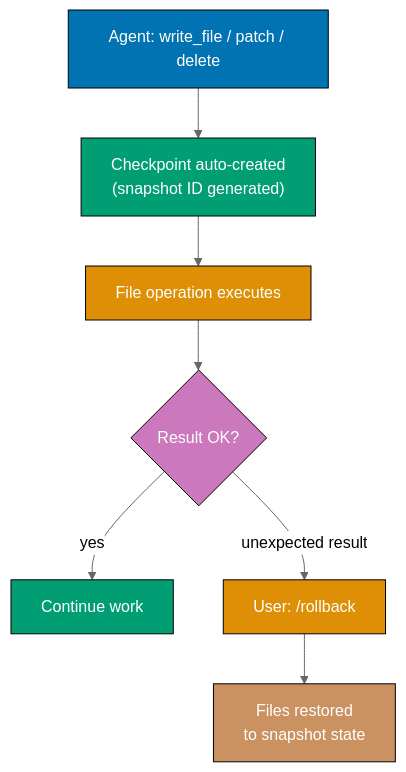
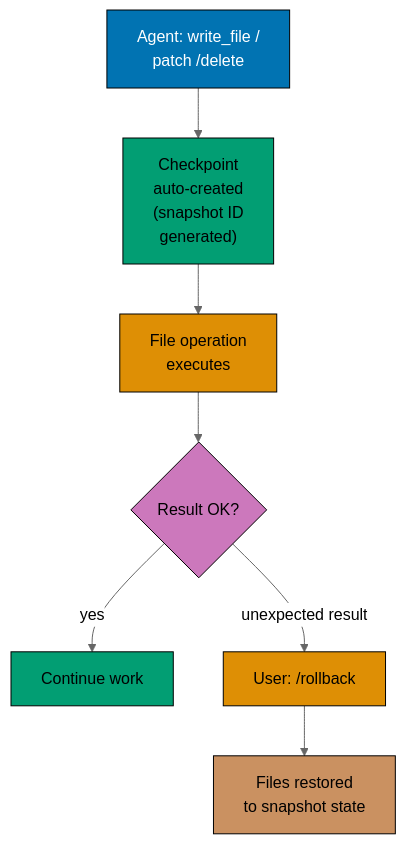
One commit to wahidyankf/ose-public changed the sixth of 14 diagrams in apps/ayokoding-www/content/en/learn/legacy/artificial-intelligence/tools/hermes-agent/by-example/advanced.md. Above: the diagram before and after it, drawn with Mermaid (neutral theme). The commit also changed other lines of this file and 50 other files, not shown here.

First line of the commit message:
fix(mermaid): bring the docs, governance, plans, and legacy AI diagrams onto the accessible palette

````diff
--- a/apps/ayokoding-www/content/en/learn/legacy/artificial-intelligence/tools/hermes-agent/by-example/advanced.md
+++ b/apps/ayokoding-www/content/en/learn/legacy/artificial-intelligence/tools/hermes-agent/by-example/advanced.md
@@ -696,23 +734,31 @@
 ```mermaid
 %% Color Palette: Blue #0173B2, Orange #DE8F05, Teal #029E73, Purple #CC78BC, Brown #CA9161
 graph TD
-    A["Agent: write_file / patch / delete"]
-    B["Checkpoint auto-created<br/>(snapshot ID generated)"]
-    C["File operation executes"]
+    accTitle: Example 65: Checkpoint and Rollback
+    accDescr: Graph with 7 nodes and 6 connections. Nodes: Agent: write_file / patch /delete, Checkpoint auto-created (snapshot ID generated), File operation executes, Result OK?, Continue work, User: /rollback, Files restored to snapshot state. Connections: Agent: write_file / patch /delete to Checkpoint auto-created (snapshot ID generated), Checkpoint auto-created (snapshot ID generated) to File operation executes, File operation executes to Result OK?, Result OK? to Continue work (yes), Result OK? to User: /rollback (unexpected result), User: /rollback to Files restored to snapshot state.
+    A["Agent: write_file /<br/>patch /delete"]
+    B["Checkpoint<br/>auto-created<br/>(snapshot ID<br/>generated)"]
+    C["File operation<br/>executes"]
     D{"Result OK?"}
     E["Continue work"]
     F["User: /rollback <ID>"]
     G["Files restored<br/>to snapshot state"]
 
     A --> B --> C --> D
     D -->|"yes"| E
     D -->|"unexpected result"| F --> G
 
-    style A fill:#0173B2,stroke:#000,color:#fff
-    style B fill:#029E73,stroke:#000,color:#fff
-    style C fill:#DE8F05,stroke:#000,color:#fff
-    style D fill:#CC78BC,stroke:#000,color:#fff
-    style E fill:#029E73,stroke:#000,color:#fff
-    style F fill:#DE8F05,stroke:#000,color:#fff
-    style G fill:#CA9161,stroke:#000,color:#fff
+    classDef pal-0173B2 fill:#0173B2,stroke:#000000,color:#FFFFFF
+    class A pal-0173B2
+    classDef pal-029E73 fill:#029E73,stroke:#000000,color:#000000
+    class B pal-029E73
+    classDef pal-DE8F05 fill:#DE8F05,stroke:#000000,color:#000000
+    class C pal-DE8F05
+    classDef pal-CC78BC fill:#CC78BC,stroke:#000000,color:#000000
+    class D pal-CC78BC
+    class E pal-029E73
+    class F pal-DE8F05
+    classDef pal-CA9161 fill:#CA9161,stroke:#000000,color:#000000
+    class G pal-CA9161
+    classDef default fill:#FFFFFF,stroke:#000000,color:#000000
 ```
````
